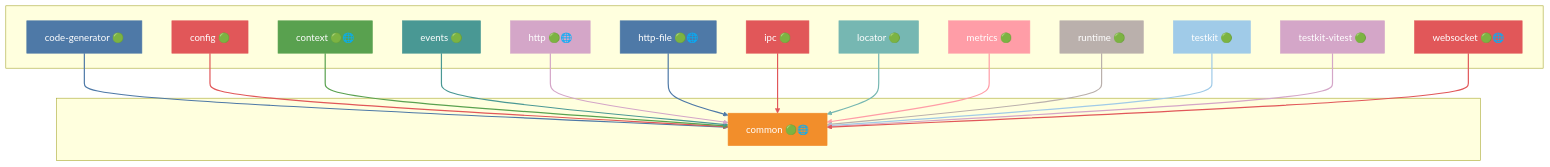
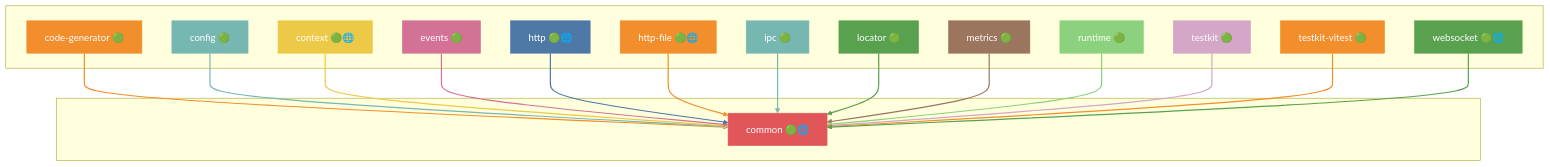
The fourth of 42 diagrams in docs/DEPENDENCIES.md (grest-ts/grest-ts), drawn with Mermaid before and after one commit. The commit also changed other lines of this file and 11 other files, not shown here.

````diff
--- a/docs/DEPENDENCIES.md
+++ b/docs/DEPENDENCIES.md
@@ -379,61 +433,61 @@
 ```mermaid
 flowchart TB
     subgraph Dependents[" "]
         code-generator["code-generator 🟢"]
         config["config 🟢"]
         context["context 🟢🌐"]
         events["events 🟢"]
         http["http 🟢🌐"]
         http-file["http-file 🟢🌐"]
         ipc["ipc 🟢"]
         locator["locator 🟢"]
         metrics["metrics 🟢"]
         runtime["runtime 🟢"]
         testkit["testkit 🟢"]
         testkit-vitest["testkit-vitest 🟢"]
         websocket["websocket 🟢🌐"]
     end
     subgraph Package[" "]
         common["common 🟢🌐"]
     end
     code-generator --> common
     config --> common
     context --> common
     events --> common
     http --> common
     http-file --> common
     ipc --> common
     locator --> common
     metrics --> common
     runtime --> common
     testkit --> common
     testkit-vitest --> common
     websocket --> common
-    style common fill:#F28E2B,stroke:#F28E2B,color:#fff
-    style code-generator fill:#4E79A7,stroke:#4E79A7,color:#fff
-    style config fill:#E15759,stroke:#E15759,color:#fff
-    style context fill:#59A14F,stroke:#59A14F,color:#fff
-    style events fill:#499894,stroke:#499894,color:#fff
-    style http fill:#D4A6C8,stroke:#D4A6C8,color:#fff
-    style http-file fill:#4E79A7,stroke:#4E79A7,color:#fff
-    style ipc fill:#E15759,stroke:#E15759,color:#fff
-    style locator fill:#76B7B2,stroke:#76B7B2,color:#fff
-    style metrics fill:#FF9DA7,stroke:#FF9DA7,color:#fff
-    style runtime fill:#BAB0AC,stroke:#BAB0AC,color:#fff
-    style testkit fill:#A0CBE8,stroke:#A0CBE8,color:#fff
-    style testkit-vitest fill:#D4A6C8,stroke:#D4A6C8,color:#fff
-    style websocket fill:#E15759,stroke:#E15759,color:#fff
-    linkStyle 0 stroke:#4E79A7,stroke-width:2px
-    linkStyle 1 stroke:#E15759,stroke-width:2px
-    linkStyle 2 stroke:#59A14F,stroke-width:2px
-    linkStyle 3 stroke:#499894,stroke-width:2px
-    linkStyle 4 stroke:#D4A6C8,stroke-width:2px
-    linkStyle 5 stroke:#4E79A7,stroke-width:2px
-    linkStyle 6 stroke:#E15759,stroke-width:2px
-    linkStyle 7 stroke:#76B7B2,stroke-width:2px
-    linkStyle 8 stroke:#FF9DA7,stroke-width:2px
-    linkStyle 9 stroke:#BAB0AC,stroke-width:2px
-    linkStyle 10 stroke:#A0CBE8,stroke-width:2px
-    linkStyle 11 stroke:#D4A6C8,stroke-width:2px
-    linkStyle 12 stroke:#E15759,stroke-width:2px
+    style common fill:#E15759,stroke:#E15759,color:#fff
+    style code-generator fill:#F28E2B,stroke:#F28E2B,color:#fff
+    style config fill:#76B7B2,stroke:#76B7B2,color:#fff
+    style context fill:#EDC948,stroke:#EDC948,color:#fff
+    style events fill:#D37295,stroke:#D37295,color:#fff
+    style http fill:#4E79A7,stroke:#4E79A7,color:#fff
+    style http-file fill:#F28E2B,stroke:#F28E2B,color:#fff
+    style ipc fill:#76B7B2,stroke:#76B7B2,color:#fff
+    style locator fill:#59A14F,stroke:#59A14F,color:#fff
+    style metrics fill:#9C755F,stroke:#9C755F,color:#fff
+    style runtime fill:#8CD17D,stroke:#8CD17D,color:#fff
+    style testkit fill:#D4A6C8,stroke:#D4A6C8,color:#fff
+    style testkit-vitest fill:#F28E2B,stroke:#F28E2B,color:#fff
+    style websocket fill:#59A14F,stroke:#59A14F,color:#fff
+    linkStyle 0 stroke:#F28E2B,stroke-width:2px
+    linkStyle 1 stroke:#76B7B2,stroke-width:2px
+    linkStyle 2 stroke:#EDC948,stroke-width:2px
+    linkStyle 3 stroke:#D37295,stroke-width:2px
+    linkStyle 4 stroke:#4E79A7,stroke-width:2px
+    linkStyle 5 stroke:#F28E2B,stroke-width:2px
+    linkStyle 6 stroke:#76B7B2,stroke-width:2px
+    linkStyle 7 stroke:#59A14F,stroke-width:2px
+    linkStyle 8 stroke:#9C755F,stroke-width:2px
+    linkStyle 9 stroke:#8CD17D,stroke-width:2px
+    linkStyle 10 stroke:#D4A6C8,stroke-width:2px
+    linkStyle 11 stroke:#F28E2B,stroke-width:2px
+    linkStyle 12 stroke:#59A14F,stroke-width:2px
 ```
````
